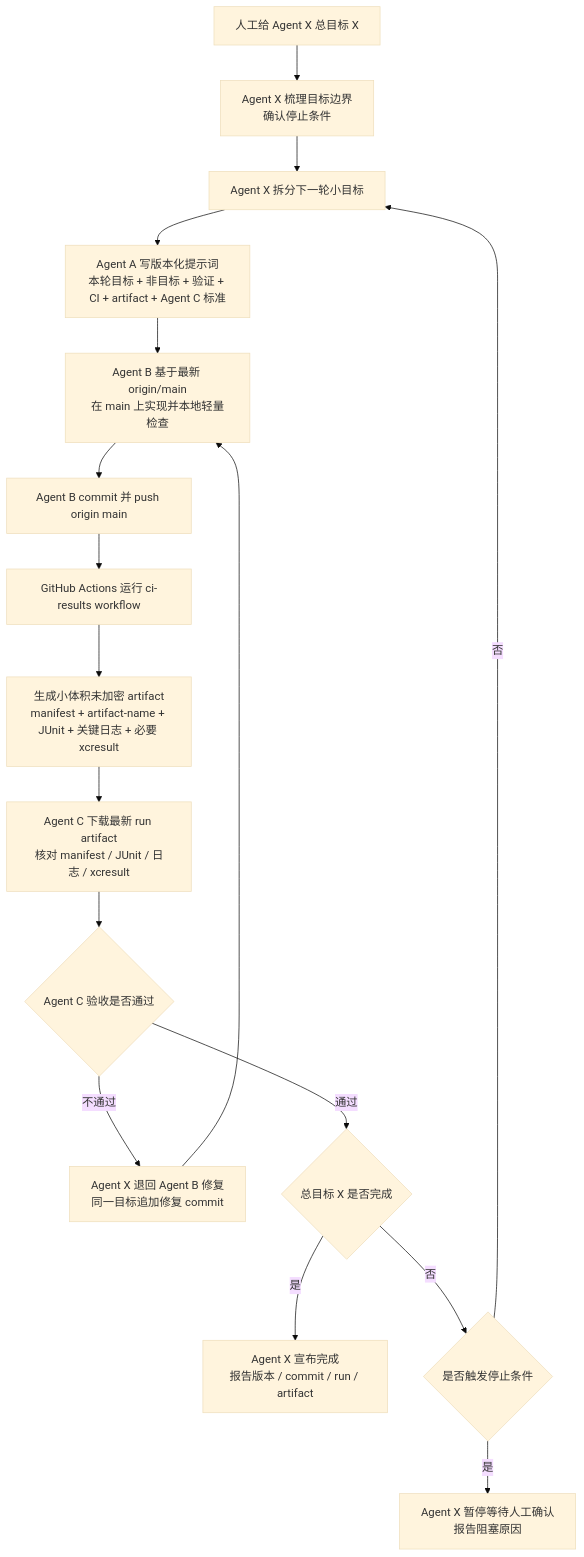
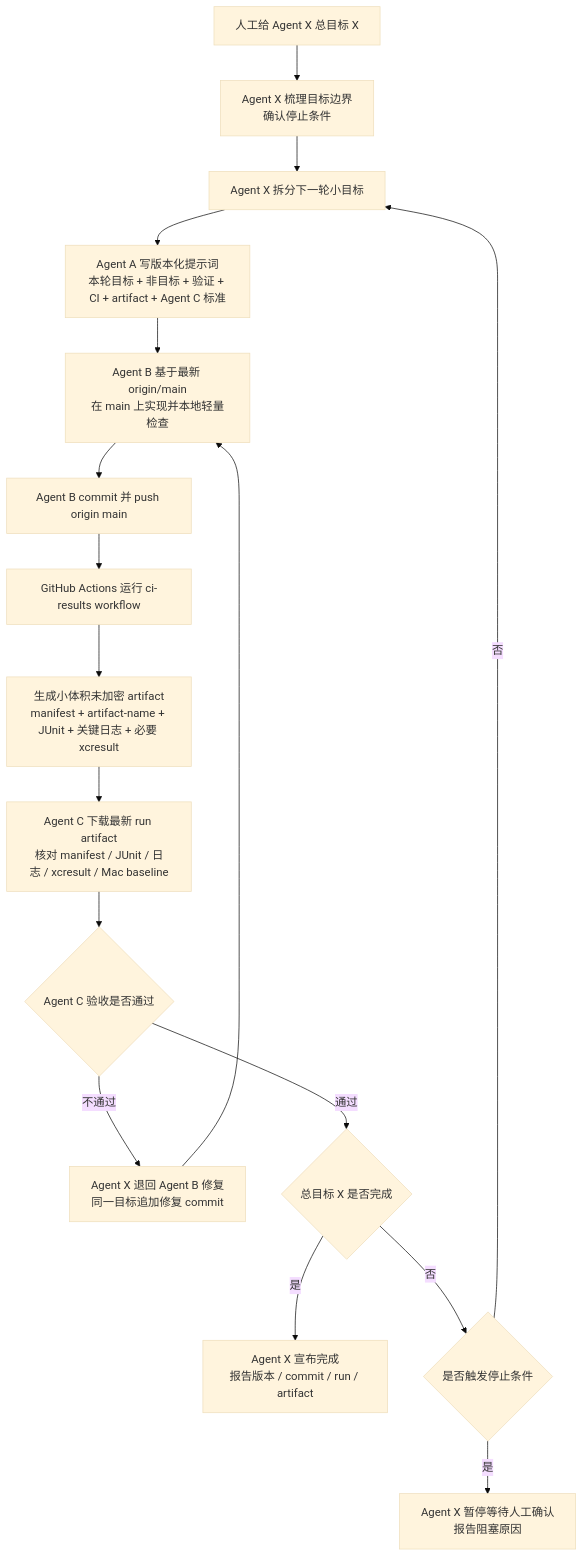
The eighth of 8 diagrams in md/flow/flowchart.md (Altman-sam114/113), drawn with Mermaid (base theme) before and after one commit. The commit also changed other lines of this file and 9 other files, not shown here.

````diff
--- a/md/flow/flowchart.md
+++ b/md/flow/flowchart.md
@@ -160,19 +160,19 @@
 ```mermaid
 flowchart TD
     A[人工给 Agent X 总目标 X] --> B[Agent X 梳理目标边界<br/>确认停止条件]
     B --> C[Agent X 拆分下一轮小目标]
     C --> D[Agent A 写版本化提示词<br/>本轮目标 + 非目标 + 验证 + CI + artifact + Agent C 标准]
     D --> E[Agent B 基于最新 origin/main<br/>在 main 上实现并本地轻量检查]
     E --> F[Agent B commit 并 push origin main]
     F --> G[GitHub Actions 运行 ci-results workflow]
     G --> H[生成小体积未加密 artifact<br/>manifest + artifact-name + JUnit + 关键日志 + 必要 xcresult]
-    H --> I[Agent C 下载最新 run artifact<br/>核对 manifest / JUnit / 日志 / xcresult]
+    H --> I[Agent C 下载最新 run artifact<br/>核对 manifest / JUnit / 日志 / xcresult / Mac baseline]
     I --> J{Agent C 验收是否通过}
     J -- 不通过 --> K[Agent X 退回 Agent B 修复<br/>同一目标追加修复 commit]
     K --> E
     J -- 通过 --> L{总目标 X 是否完成}
     L -- 是 --> M[Agent X 宣布完成<br/>报告版本 / commit / run / artifact]
     L -- 否 --> N{是否触发停止条件}
     N -- 是 --> O[Agent X 暂停等待人工确认<br/>报告阻塞原因]
     N -- 否 --> C
 ```
````
